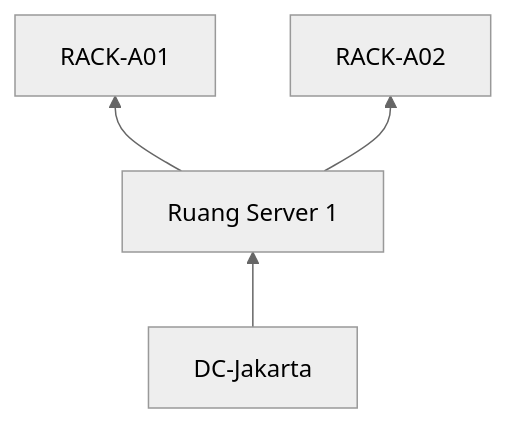
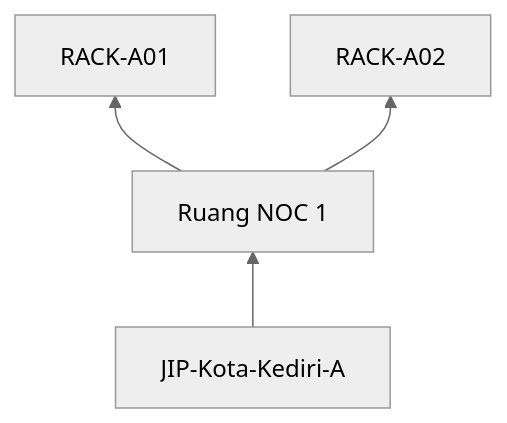
The second of 3 diagrams in manual-v1-0.md (admin-jaringan-2023-01/RackTables), drawn with Mermaid (neutral theme) before and after one commit. The commit also changed other lines of this file, not shown here.

````diff
--- a/manual-v1-0.md
+++ b/manual-v1-0.md
@@ -88,6 +88,6 @@
 ```mermaid
 graph BT
-    DC[DC-Jakarta] --> Ruang1[Ruang Server 1]
+    JIP[JIP-Kota-Kediri-A] --> Ruang1[Ruang NOC 1]
     Ruang1 --> RACK-A01
     Ruang1 --> RACK-A02
 ```
````
